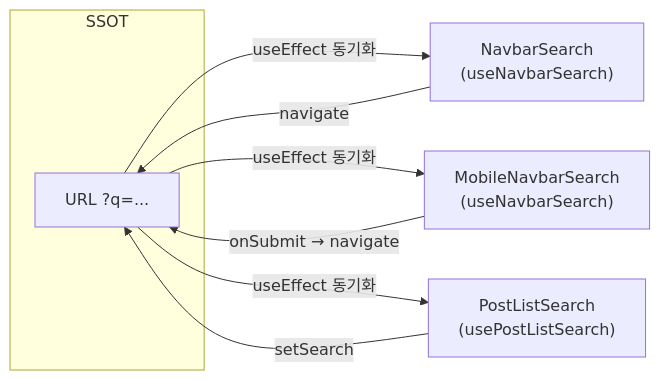
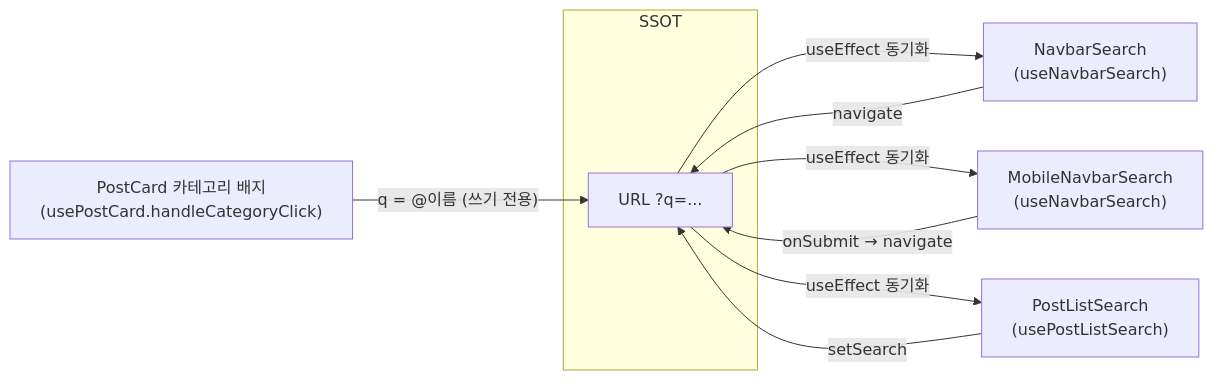
Before and after one commit to BAECHAN/link-sphere_FE_NEW: the second of 2 diagrams in docs/SEARCH.md, drawn with Mermaid. The commit also changed other lines of this file and 7 other files, not shown here.

First line of the commit message:
feat(post): 게시글 카드의 카테고리 배지로 피드 카테고리 필터 (#258)

````diff
--- a/docs/SEARCH.md
+++ b/docs/SEARCH.md
@@ -94,12 +94,13 @@
 ```mermaid
 flowchart LR
   subgraph "SSOT"
     Q["URL ?q=..."]
   end
   NavbarSearch["NavbarSearch<br/>(useNavbarSearch)"] -->|"navigate"| Q
   Q -->|"useEffect 동기화"| NavbarSearch
   MobileNavbarSearch["MobileNavbarSearch<br/>(useNavbarSearch)"] -->|"onSubmit → navigate"| Q
   Q -->|"useEffect 동기화"| MobileNavbarSearch
   PostListSearch["PostListSearch<br/>(usePostListSearch)"] -->|"setSearch"| Q
   Q -->|"useEffect 동기화"| PostListSearch
+  PostCard["PostCard 카테고리 배지<br/>(usePostCard.handleCategoryClick)"] -->|"q = @이름 (쓰기 전용)"| Q
 ```
````
